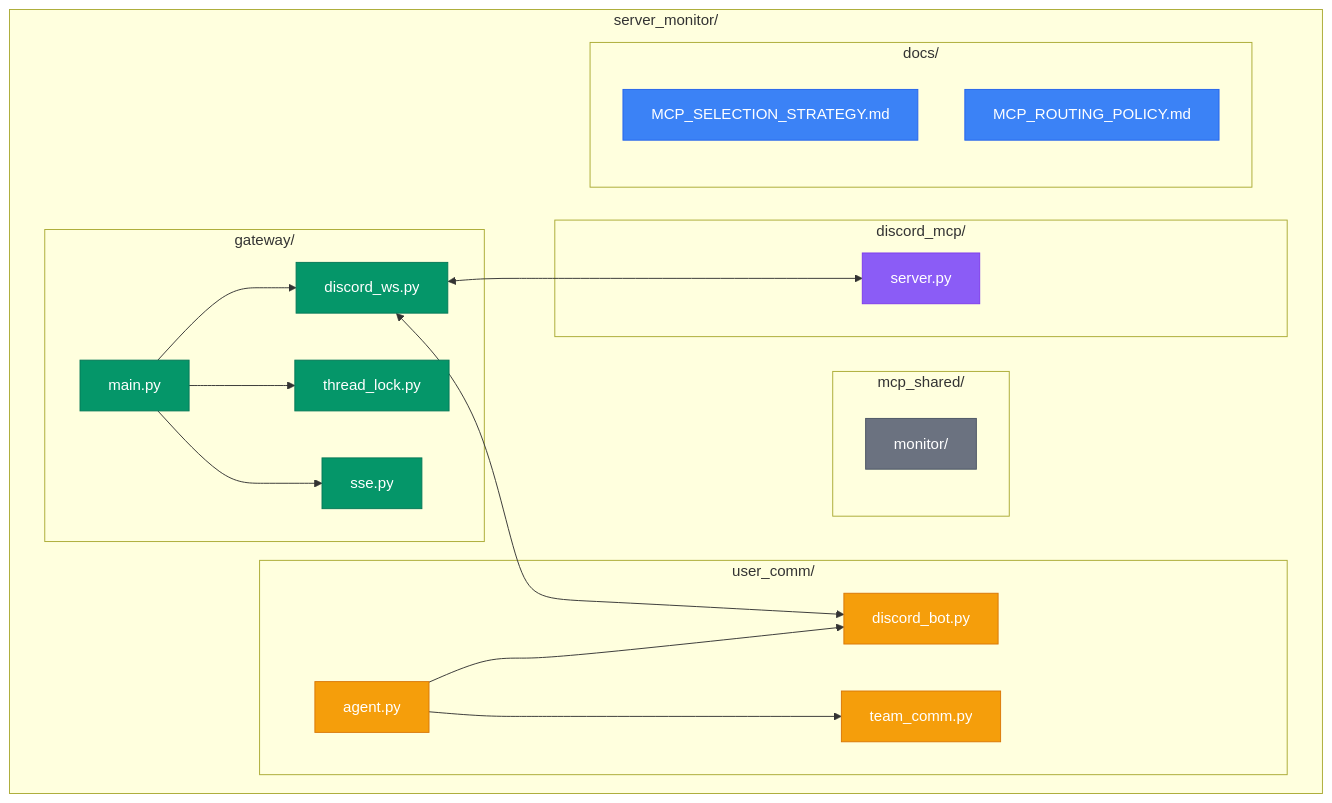
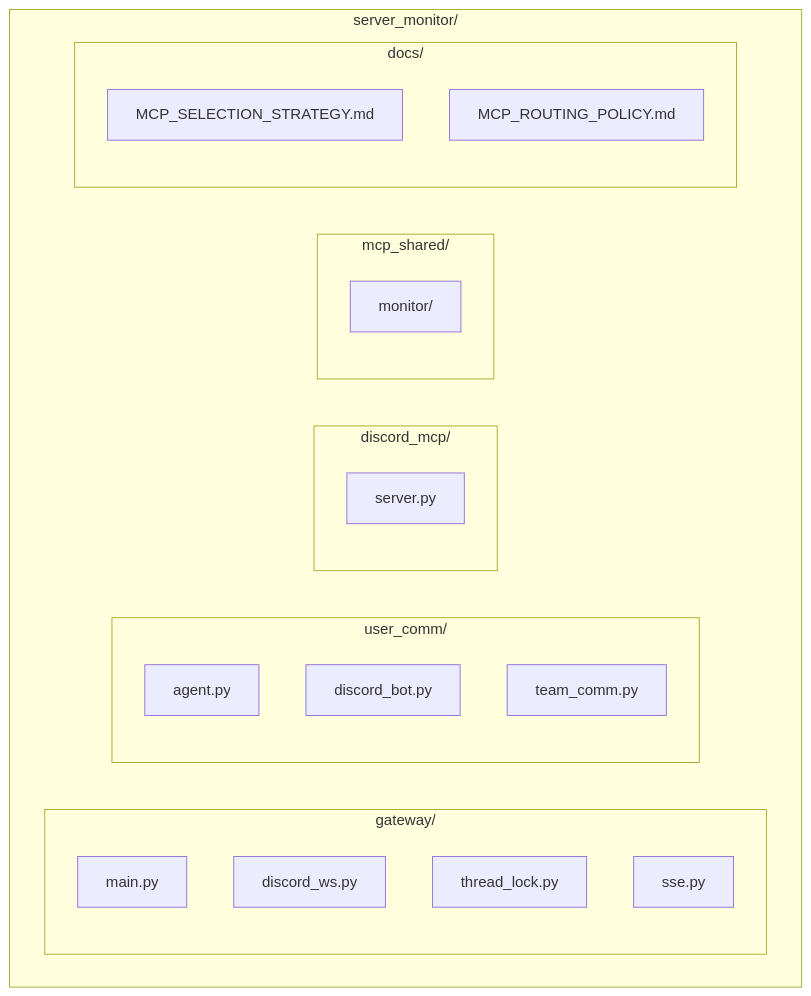
The seventh of 7 diagrams in content/ko/post/2026-03-01-013-discord-gateway-mcp-아키텍처-설계.md (yarang/blogs), drawn with Mermaid before and after one commit. The commit also changed other lines of this file and 1 other file, not shown here.

First line of the commit message:
Simplify Mermaid diagrams for web compatibility

````diff
--- a/content/ko/post/2026-03-01-013-discord-gateway-mcp-아키텍처-설계.md
+++ b/content/ko/post/2026-03-01-013-discord-gateway-mcp-아키텍처-설계.md
@@ -388,44 +350,26 @@
 ```mermaid
 flowchart TB
-    classDef gateway fill:#059669,stroke:#047857,color:#fff
-    classDef usercomm fill:#F59E0B,stroke:#D97706,color:#fff
-    classDef mcp fill:#8B5CF6,stroke:#7C3AED,color:#fff
-    classDef shared fill:#6B7280,stroke:#4B5563,color:#fff
-    classDef docs fill:#3B82F6,stroke:#2563EB,color:#fff
-
-    subgraph Project["server_monitor/"]
-        subgraph GwDir["gateway/"]
-            Main["main.py"]:::gateway
-            WS["discord_ws.py"]:::gateway
-            Lock["thread_lock.py"]:::gateway
-            SSE["sse.py"]:::gateway
+    subgraph P[server_monitor/]
+        subgraph Gw[gateway/]
+            M1[main.py]
+            M2[discord_ws.py]
+            M3[thread_lock.py]
+            M4[sse.py]
         end
-
-        subgraph UcDir["user_comm/"]
-            Agent["agent.py"]:::usercomm
-            Bot["discord_bot.py"]:::usercomm
-            Team["team_comm.py"]:::usercomm
+        subgraph Uc[user_comm/]
+            A1[agent.py]
+            A2[discord_bot.py]
+            A3[team_comm.py]
         end
-
-        subgraph McpDir["discord_mcp/"]
-            Server["server.py"]:::mcp
+        subgraph Mcp[discord_mcp/]
+            S1[server.py]
         end
-
-        subgraph SharedDir["mcp_shared/"]
-            Monitor["monitor/"]:::shared
+        subgraph Sh[mcp_shared/]
+            MO[monitor/]
         end
-
-        subgraph DocsDir["docs/"]
-            Strategy["MCP_SELECTION_STRATEGY.md"]:::docs
-            Policy["MCP_ROUTING_POLICY.md"]:::docs
+        subgraph Doc[docs/]
+            D1[MCP_SELECTION_STRATEGY.md]
+            D2[MCP_ROUTING_POLICY.md]
         end
     end
-
-    Main --> WS
-    Main --> Lock
-    Main --> SSE
-    WS <--> Server
-    WS <--> Bot
-    Agent --> Bot
-    Agent --> Team
 ```
````
